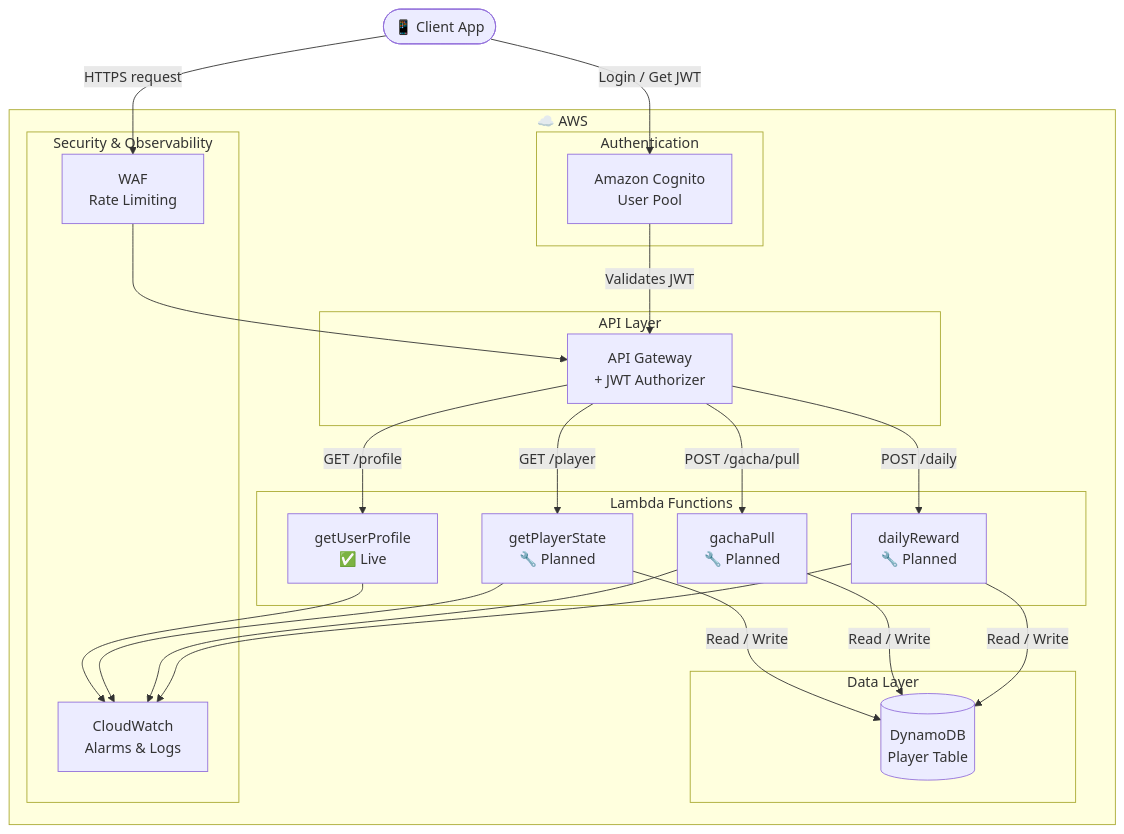
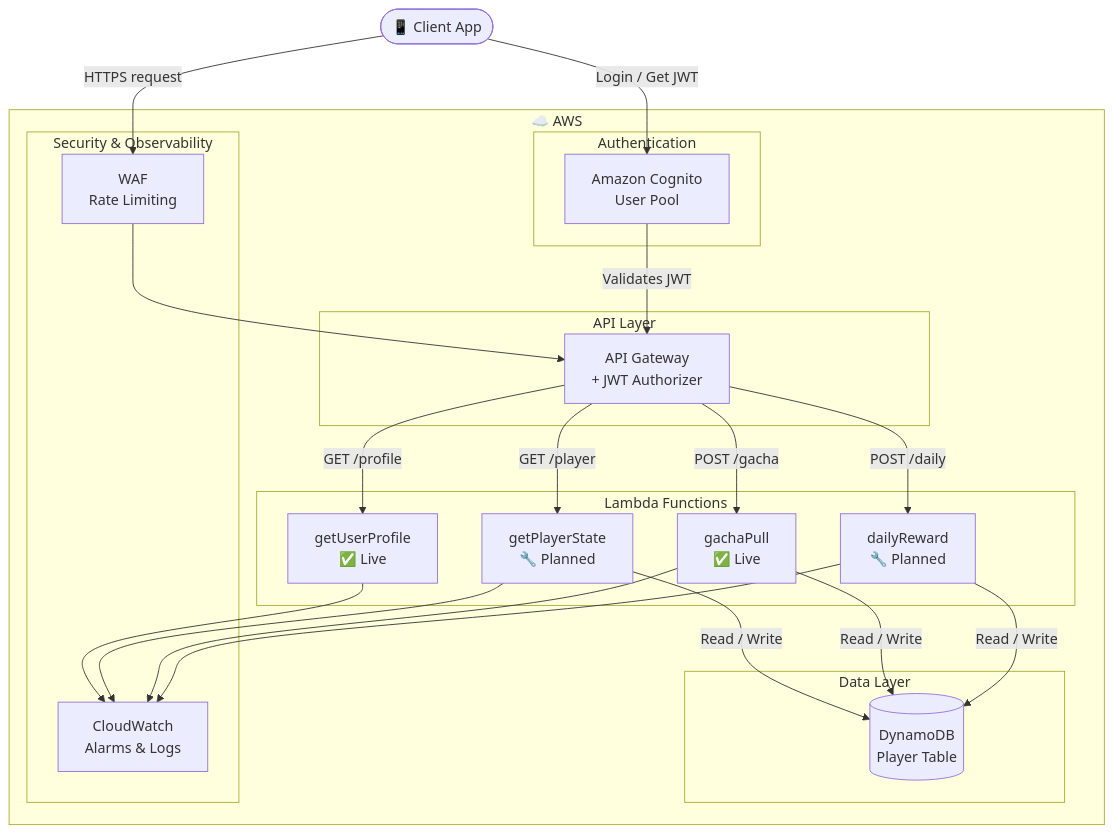
Before and after one commit to menchikatsubentou/gachafakebackend: the diagram in README.md, drawn with Mermaid. The commit also changed other lines of this file, not shown here.

Commit message:
Update gachaPull endpoint to gacha and mark as live

````diff
--- a/README.md
+++ b/README.md
@@ -22,44 +22,44 @@
 ```mermaid
 flowchart TD
     Client(["📱 Client App"])
 
     subgraph AWS ["☁️ AWS"]
         subgraph Auth ["Authentication"]
             Cognito["Amazon Cognito\nUser Pool"]
         end
 
         subgraph API ["API Layer"]
             GW["API Gateway\n+ JWT Authorizer"]
         end
 
         subgraph Compute ["Lambda Functions"]
             L1["getUserProfile\n✅ Live"]
             L2["getPlayerState\n🔧 Planned"]
-            L3["gachaPull\n🔧 Planned"]
+            L3["gachaPull\n✅ Live"]
             L4["dailyReward\n🔧 Planned"]
         end
 
         subgraph Data ["Data Layer"]
             DB[("DynamoDB\nPlayer Table")]
         end
 
         subgraph Security ["Security & Observability"]
             WAF["WAF\nRate Limiting"]
             CW["CloudWatch\nAlarms & Logs"]
         end
     end
 
     Client -->|"HTTPS request"| WAF
     WAF --> GW
     Client -->|"Login / Get JWT"| Cognito
     Cognito -->|"Validates JWT"| GW
 
     GW -->|"GET /profile"| L1
     GW -->|"GET /player"| L2
-    GW -->|"POST /gacha/pull"| L3
+    GW -->|"POST /gacha"| L3
     GW -->|"POST /daily"| L4
 
     L2 & L3 & L4 -->|"Read / Write"| DB
 
     L1 & L2 & L3 & L4 --> CW
 ```
````
